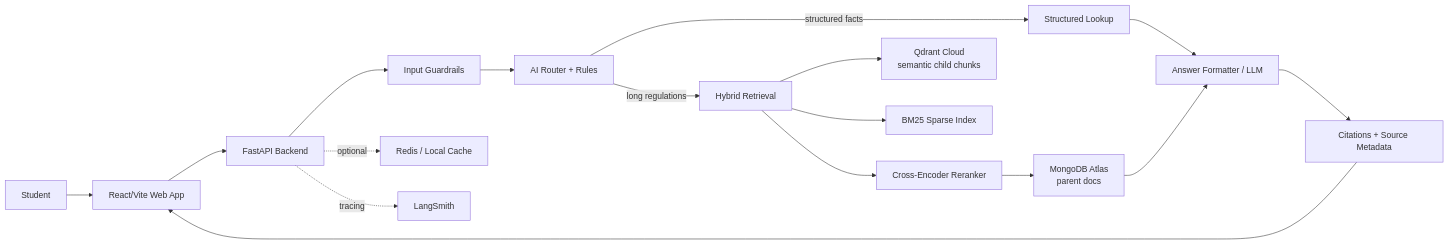
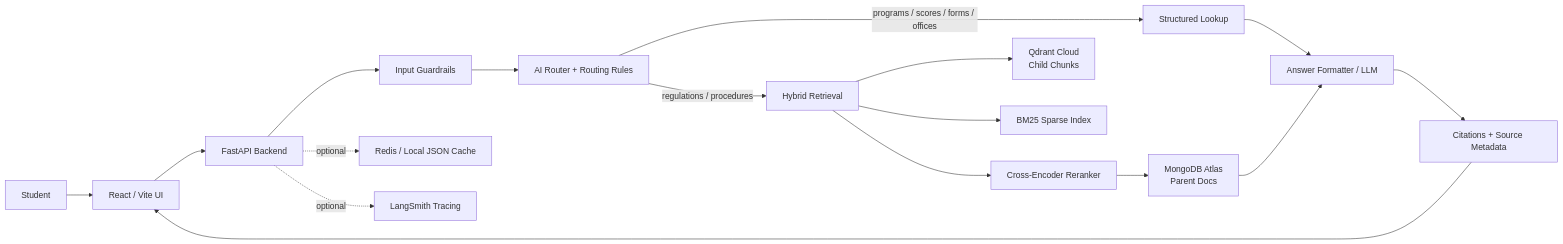
Before and after one commit to AnhPhiNe/student-handbook-rag-chatbot: the first of 3 diagrams in README.md, drawn with Mermaid. The commit also changed other lines of this file, not shown here.

````diff
--- a/README.md
+++ b/README.md
@@ -51,24 +101,24 @@
 ```mermaid
 flowchart LR
-    U["Student"] --> FE["React/Vite Web App"]
-    FE --> API["FastAPI Backend"]
+    User["Student"] --> Frontend["React / Vite UI"]
+    Frontend --> API["FastAPI Backend"]
 
     API --> Guard["Input Guardrails"]
-    Guard --> Router["AI Router + Rules"]
+    Guard --> Router["AI Router + Routing Rules"]
 
-    Router -->|structured facts| Lookup["Structured Lookup"]
-    Router -->|long regulations| Retrieval["Hybrid Retrieval"]
+    Router -->|programs / scores / forms / offices| Lookup["Structured Lookup"]
+    Router -->|regulations / procedures| Retrieval["Hybrid Retrieval"]
 
-    Retrieval --> Qdrant["Qdrant Cloud\nsemantic child chunks"]
+    Retrieval --> Qdrant["Qdrant Cloud\nChild Chunks"]
     Retrieval --> BM25["BM25 Sparse Index"]
-    Retrieval --> Rerank["Cross-Encoder Reranker"]
-    Rerank --> Mongo["MongoDB Atlas\nparent docs"]
+    Retrieval --> Reranker["Cross-Encoder Reranker"]
+    Reranker --> Mongo["MongoDB Atlas\nParent Docs"]
 
     Lookup --> Answer["Answer Formatter / LLM"]
     Mongo --> Answer
-    Answer --> Cite["Citations + Source Metadata"]
-    Cite --> FE
+    Answer --> Citation["Citations + Source Metadata"]
+    Citation --> Frontend
 
-    API -. optional .-> Redis["Redis / Local Cache"]
-    API -. tracing .-> LangSmith["LangSmith"]
+    API -. optional .-> Cache["Redis / Local JSON Cache"]
+    API -. optional .-> Trace["LangSmith Tracing"]
 ```
````
